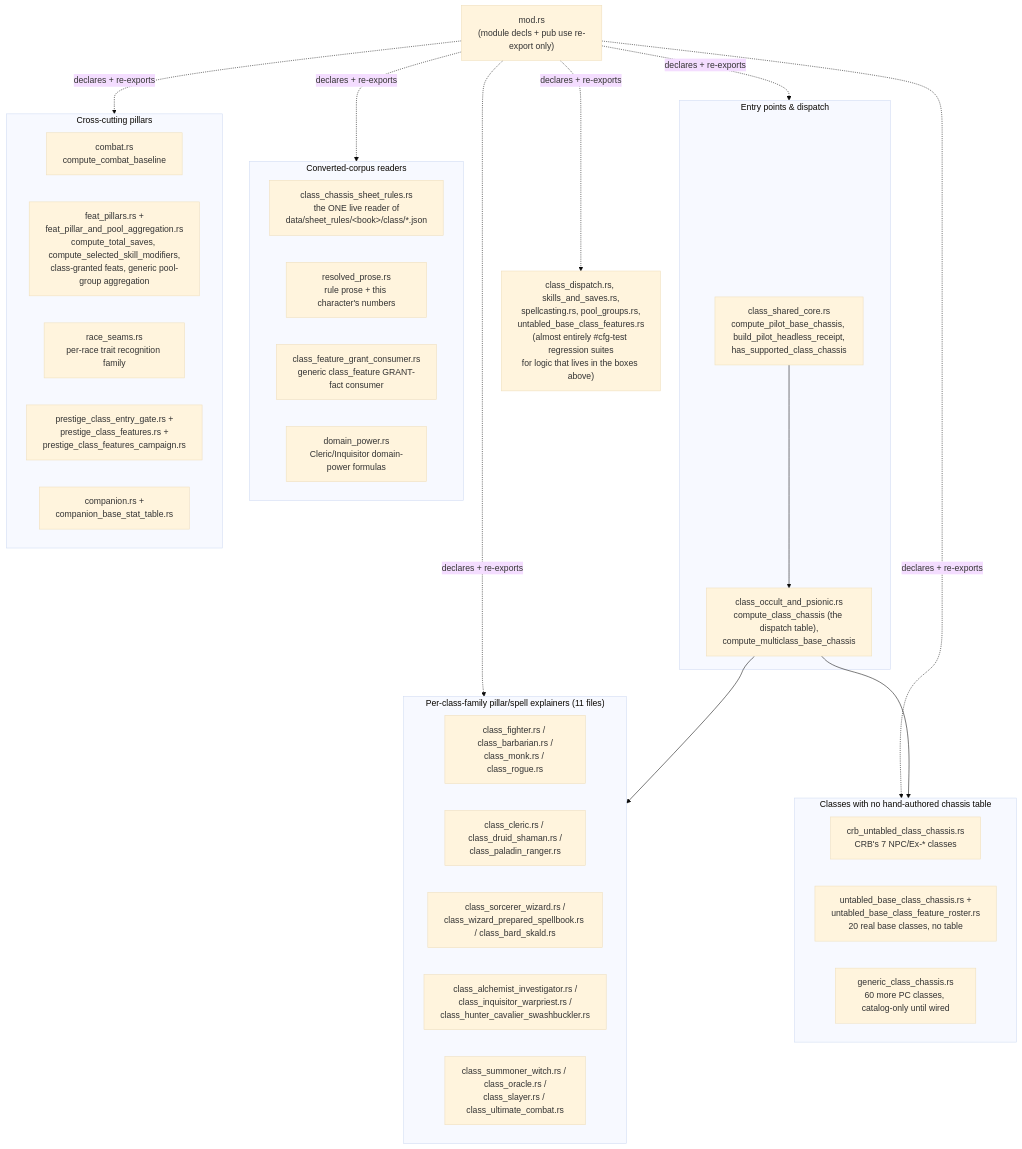
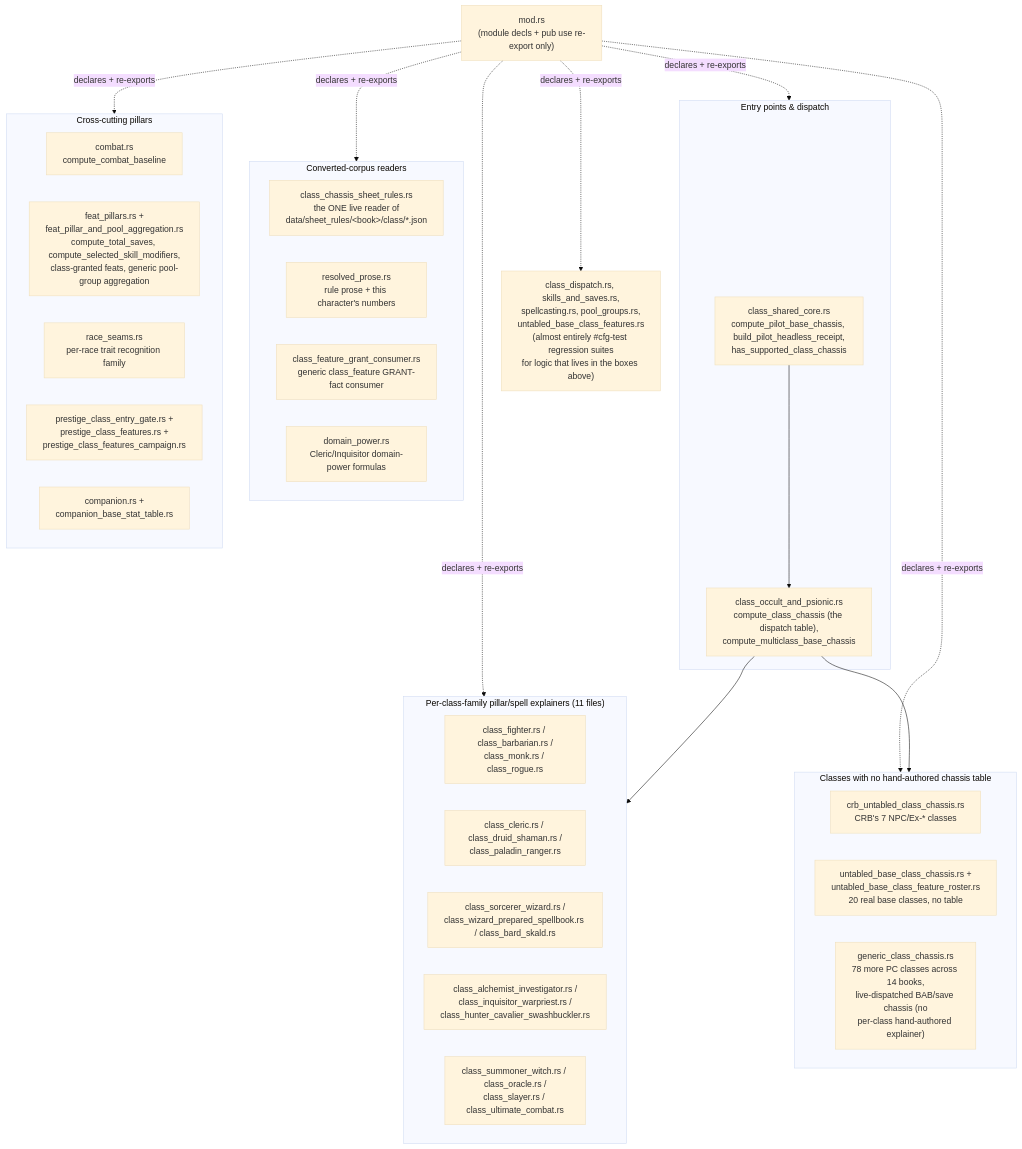
Before and after one commit to electricm0nk/codex: the fourth of 4 diagrams in docs/architecture/rules-engine.md, drawn with Mermaid (base theme). The commit also changed other lines of this file and 15 other files, not shown here.

First line of the commit message:
docs(sd36): capability-truth pass — true product posture in status.md and README, every capability claim checked against the engine; graphify record corrected

````diff
--- a/docs/architecture/rules-engine.md
+++ b/docs/architecture/rules-engine.md
@@ -230,50 +241,50 @@
 ```mermaid
 flowchart TD
     modrs["mod.rs\n(module decls + pub use re-export only)"]
 
     subgraph entry["Entry points & dispatch"]
         class_shared_core["class_shared_core.rs\ncompute_pilot_base_chassis, build_pilot_headless_receipt,\nhas_supported_class_chassis"]
         class_occult["class_occult_and_psionic.rs\ncompute_class_chassis (the dispatch table),\ncompute_multiclass_base_chassis"]
     end
 
     subgraph perclass["Per-class-family pillar/spell explainers (11 files)"]
         pc1["class_fighter.rs / class_barbarian.rs /\nclass_monk.rs / class_rogue.rs"]
         pc2["class_cleric.rs / class_druid_shaman.rs /\nclass_paladin_ranger.rs"]
         pc3["class_sorcerer_wizard.rs /\nclass_wizard_prepared_spellbook.rs / class_bard_skald.rs"]
         pc4["class_alchemist_investigator.rs /\nclass_inquisitor_warpriest.rs /\nclass_hunter_cavalier_swashbuckler.rs"]
         pc5["class_summoner_witch.rs / class_oracle.rs /\nclass_slayer.rs / class_ultimate_combat.rs"]
     end
 
     subgraph untabled["Classes with no hand-authored chassis table"]
         crb_untabled["crb_untabled_class_chassis.rs\nCRB's 7 NPC/Ex-* classes"]
         base_untabled["untabled_base_class_chassis.rs +\nuntabled_base_class_feature_roster.rs\n20 real base classes, no table"]
-        generic_chassis["generic_class_chassis.rs\n60 more PC classes, catalog-only until wired"]
+        generic_chassis["generic_class_chassis.rs\n78 more PC classes across 14 books,\nlive-dispatched BAB/save chassis (no\nper-class hand-authored explainer)"]
     end
 
     subgraph converted["Converted-corpus readers"]
         sheet_rules_chassis["class_chassis_sheet_rules.rs\nthe ONE live reader of\ndata/sheet_rules/&lt;book&gt;/class/*.json"]
         resolved_prose["resolved_prose.rs\nrule prose + this character's numbers"]
         grant_consumer["class_feature_grant_consumer.rs\ngeneric class_feature GRANT-fact consumer"]
         domain_power["domain_power.rs\nCleric/Inquisitor domain-power formulas"]
     end
 
     subgraph shared["Cross-cutting pillars"]
         combat["combat.rs\ncompute_combat_baseline"]
         feat_agg["feat_pillars.rs +\nfeat_pillar_and_pool_aggregation.rs\ncompute_total_saves, compute_selected_skill_modifiers,\nclass-granted feats, generic pool-group aggregation"]
         race_seams["race_seams.rs\nper-race trait recognition family"]
         prestige["prestige_class_entry_gate.rs +\nprestige_class_features.rs +\nprestige_class_features_campaign.rs"]
         companion["companion.rs +\ncompanion_base_stat_table.rs"]
     end
 
     testonly["class_dispatch.rs, skills_and_saves.rs,\nspellcasting.rs, pool_groups.rs,\nuntabled_base_class_features.rs\n(almost entirely #cfg-test regression suites\nfor logic that lives in the boxes above)"]
 
     modrs -.->|declares + re-exports| entry
     modrs -.->|declares + re-exports| perclass
     modrs -.->|declares + re-exports| untabled
     modrs -.->|declares + re-exports| converted
     modrs -.->|declares + re-exports| shared
     modrs -.->|declares + re-exports| testonly
     class_shared_core --> class_occult
     class_occult --> perclass
     class_occult --> untabled
 ```
````
